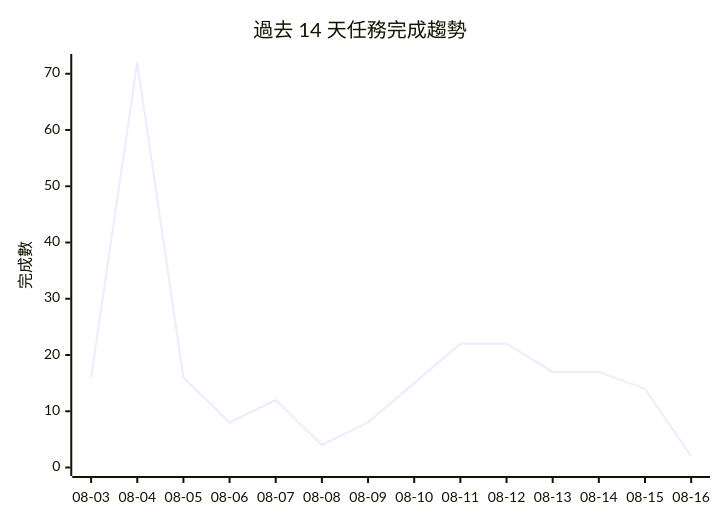
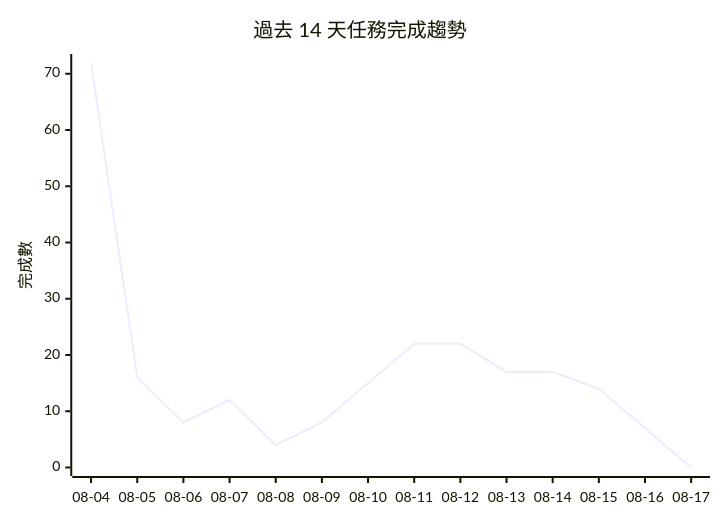
Before and after one commit to gentoobreaking/ai-tasks: the diagram in PROJECTS.md, drawn with Mermaid. The commit also changed other lines of this file and 67 other files, not shown here.

````diff
--- a/PROJECTS.md
+++ b/PROJECTS.md
@@ -135,7 +130,7 @@
 ```mermaid
 xychart-beta
     title "過去 14 天任務完成趨勢"
-    x-axis ["08-03", "08-04", "08-05", "08-06", "08-07", "08-08", "08-09", "08-10", "08-11", "08-12", "08-13", "08-14", "08-15", "08-16"]
+    x-axis ["08-04", "08-05", "08-06", "08-07", "08-08", "08-09", "08-10", "08-11", "08-12", "08-13", "08-14", "08-15", "08-16", "08-17"]
     y-axis "完成數" 0 --> 72
-    line [16, 72, 16, 8, 12, 4, 8, 15, 22, 22, 17, 17, 14, 2]
+    line [72, 16, 8, 12, 4, 8, 15, 22, 22, 17, 17, 14, 7, 0]
 ```
````
